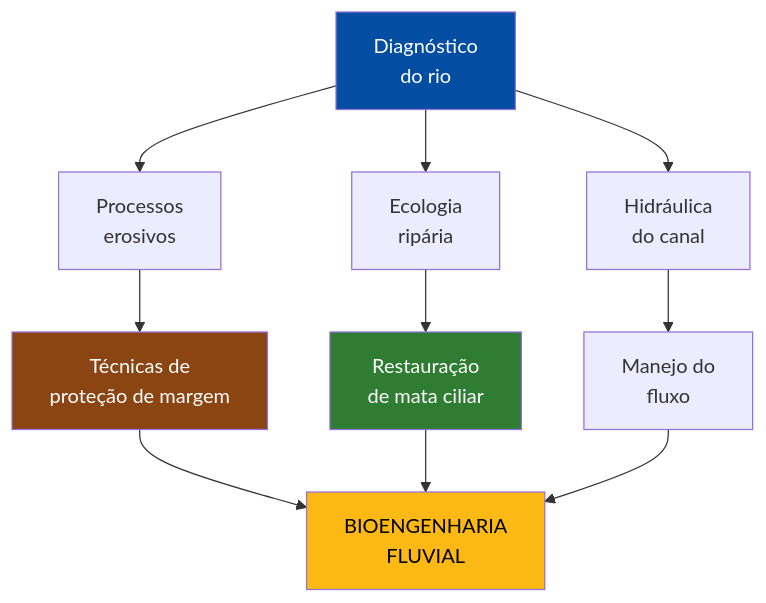
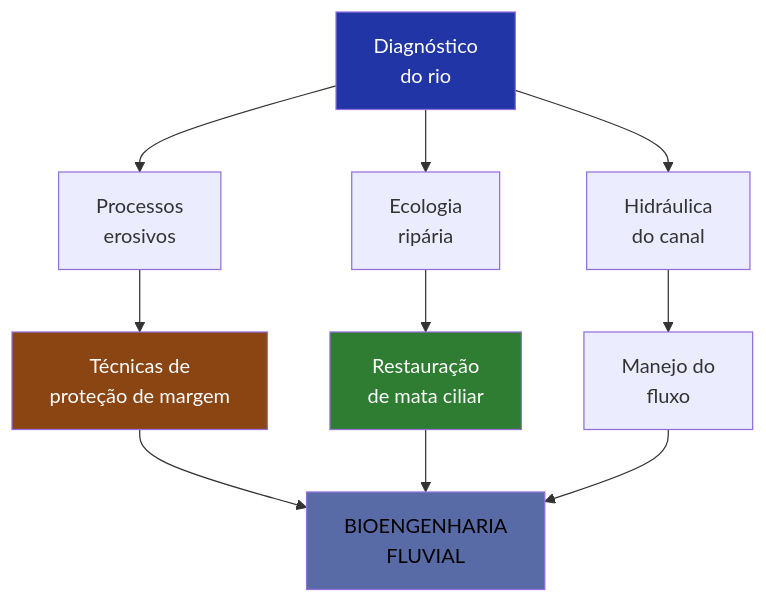
The first of 10 diagrams in aulas/bioengenharia_de_solos/aulas/bioengenharia_fluvial/bioengenharia_fluvial.qmd (ldvsantos/cv), drawn with Mermaid before and after one commit. The commit also changed other lines of this file and 466 other files, not shown here.

````diff
--- a/aulas/bioengenharia_de_solos/aulas/bioengenharia_fluvial/bioengenharia_fluvial.qmd
+++ b/aulas/bioengenharia_de_solos/aulas/bioengenharia_fluvial/bioengenharia_fluvial.qmd
@@ -79,17 +77,17 @@
 ```{mermaid}
 %%| fig-width: 4.5
 graph TD
     A["Diagnóstico<br>do rio"] --> B["Processos<br>erosivos"]
     A --> C["Ecologia<br>ripária"]
     A --> D["Hidráulica<br>do canal"]
     B --> E["Técnicas de<br>proteção de margem"]
     C --> F["Restauração<br>de mata ciliar"]
     D --> G["Manejo do<br>fluxo"]
     E --> H["BIOENGENHARIA<br>FLUVIAL"]
     F --> H
     G --> H
-    style A fill:#034EA2,color:#fff
+    style A fill:#2135A6,color:#fff
     style E fill:#8B4513,color:#fff
     style F fill:#2E7D32,color:#fff
-    style H fill:#FDB913,color:#000
+    style H fill:#586BA6,color:#000
 ```
````
